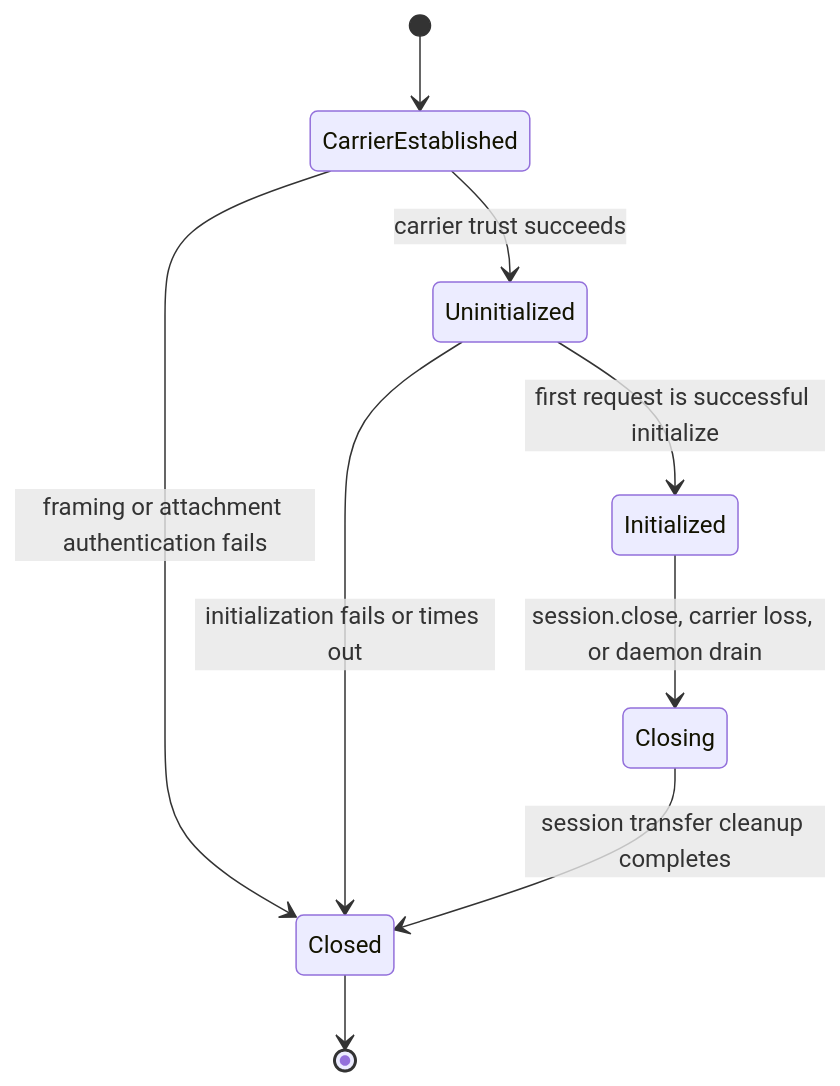
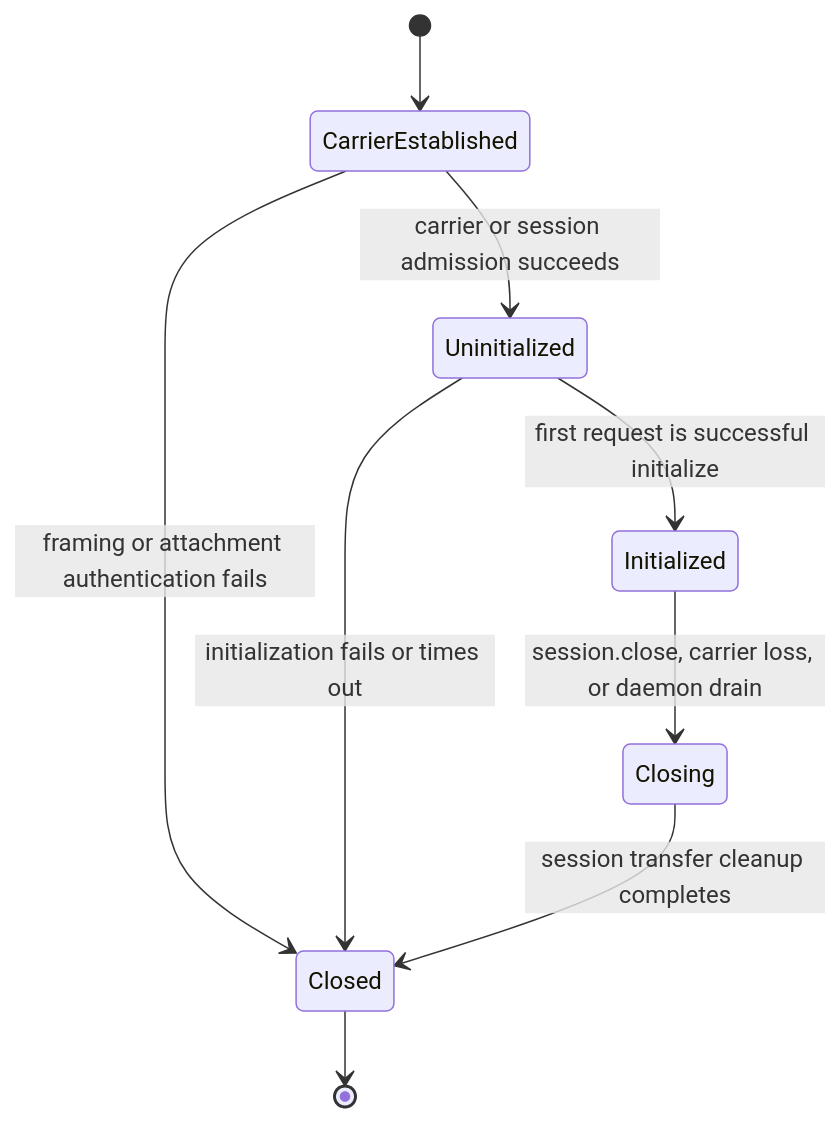
One commit to LTThreeComma/agent-foundation changed the second of 2 diagrams in spec/agent-envd/03-transports-and-sessions.md. Above: the diagram before and after it, drawn with Mermaid. The commit also changed other lines of this file and 136 other files, not shown here.

````diff
--- a/spec/agent-envd/03-transports-and-sessions.md
+++ b/spec/agent-envd/03-transports-and-sessions.md
@@ -61,11 +63,11 @@
 ```mermaid
 stateDiagram-v2
     [*] --> CarrierEstablished
-    CarrierEstablished --> Uninitialized: carrier trust succeeds
+    CarrierEstablished --> Uninitialized: carrier or session admission succeeds
     CarrierEstablished --> Closed: framing or attachment authentication fails
     Uninitialized --> Initialized: first request is successful initialize
     Uninitialized --> Closed: initialization fails or times out
     Initialized --> Closing: session.close, carrier loss, or daemon drain
     Closing --> Closed: session transfer cleanup completes
     Closed --> [*]
 ```
````
